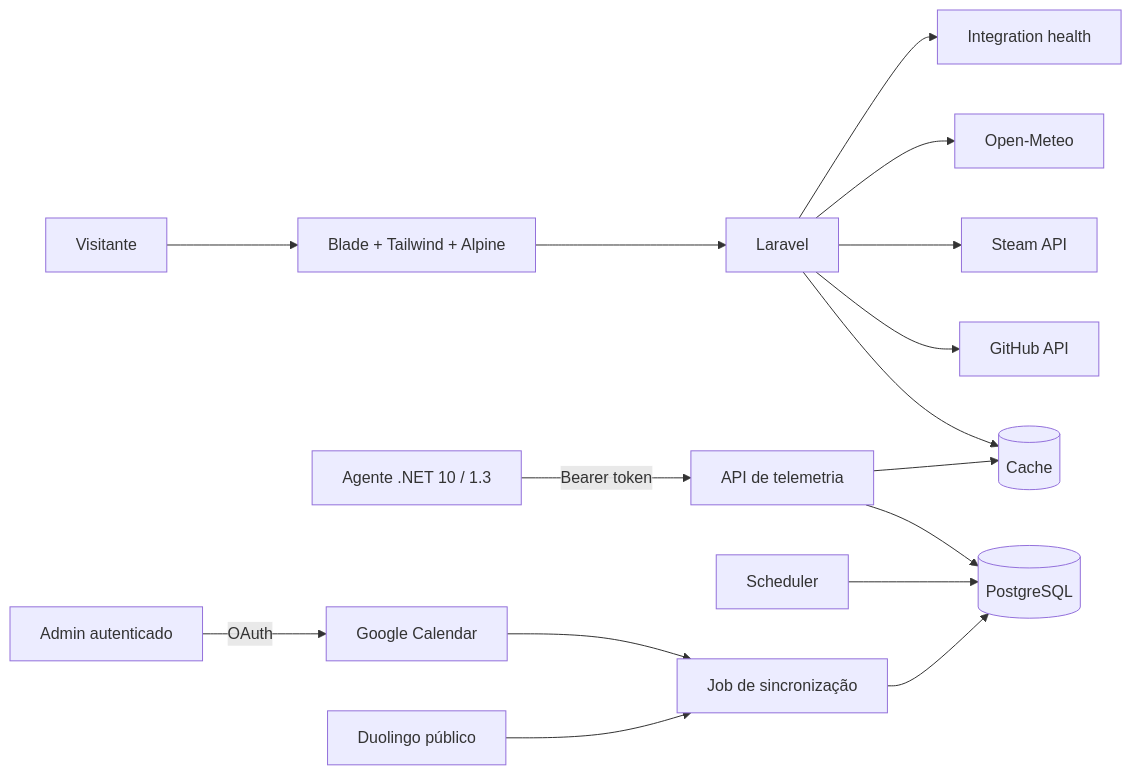
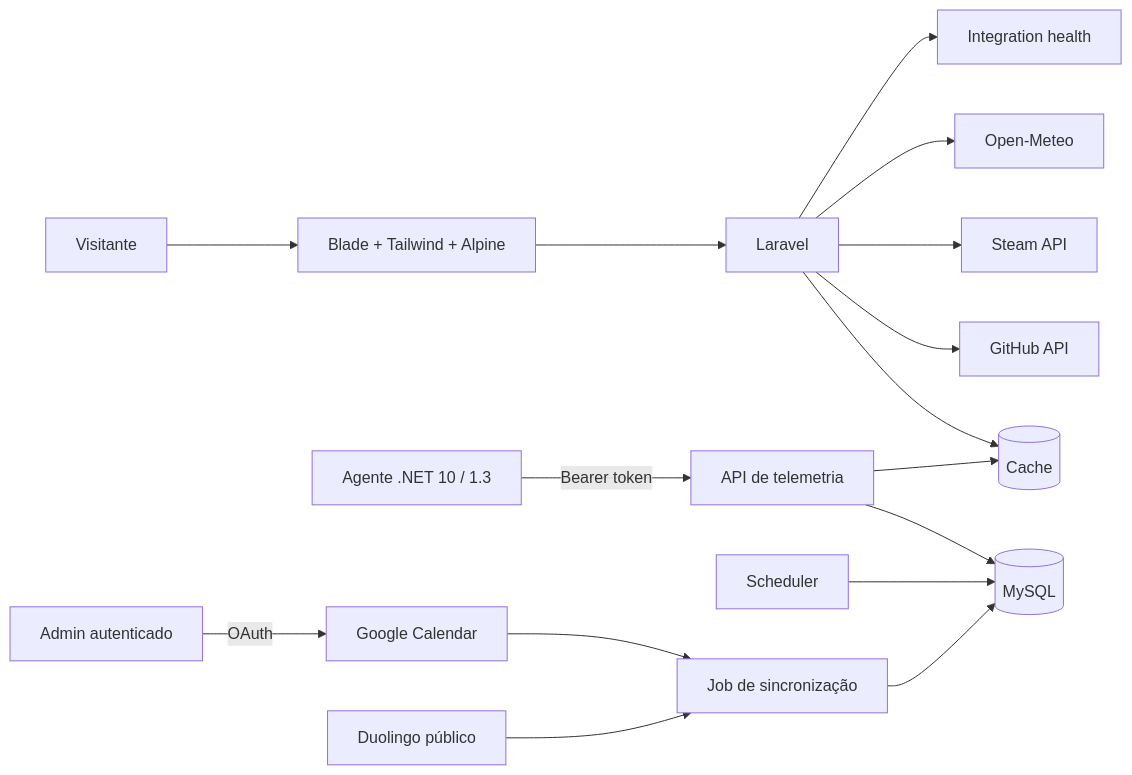
Before and after one commit to brt9/My_Profile: the diagram in docs/architecture.md, drawn with Mermaid. The commit also changed other lines of this file and 11 other files, not shown here.

````diff
--- a/docs/architecture.md
+++ b/docs/architecture.md
@@ -9,18 +9,18 @@
 ```mermaid
 flowchart LR
     V[Visitante] --> B[Blade + Tailwind + Alpine]
     B --> L[Laravel]
     A[Agente .NET 10 / 1.3] -->|Bearer token| T[API de telemetria]
-    T --> P[(PostgreSQL)]
+    T --> P[(MySQL)]
     T --> C[(Cache)]
     Q[Scheduler] --> P
     L --> C
     L --> G[GitHub API]
     L --> S[Steam API]
     L --> W[Open-Meteo]
     O[Admin autenticado] -->|OAuth| GC[Google Calendar]
     GC --> J[Job de sincronização]
     D[Duolingo público] --> J
     J --> P
     L --> H[Integration health]
 ```
````
